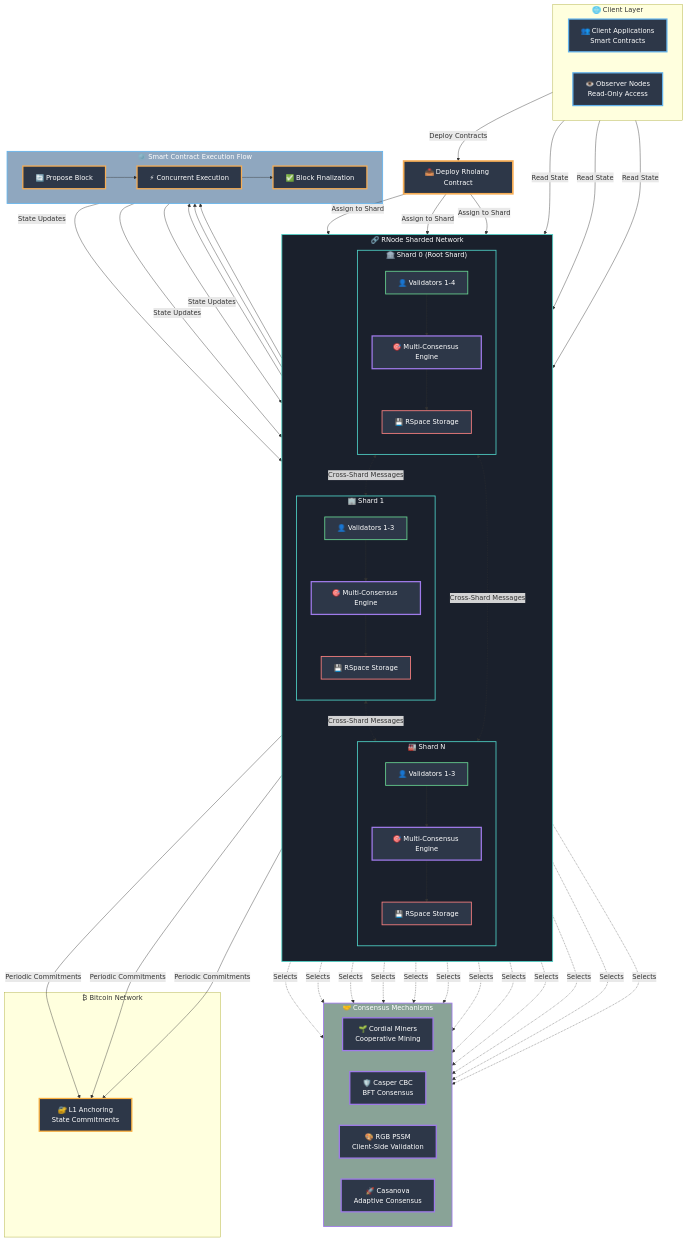
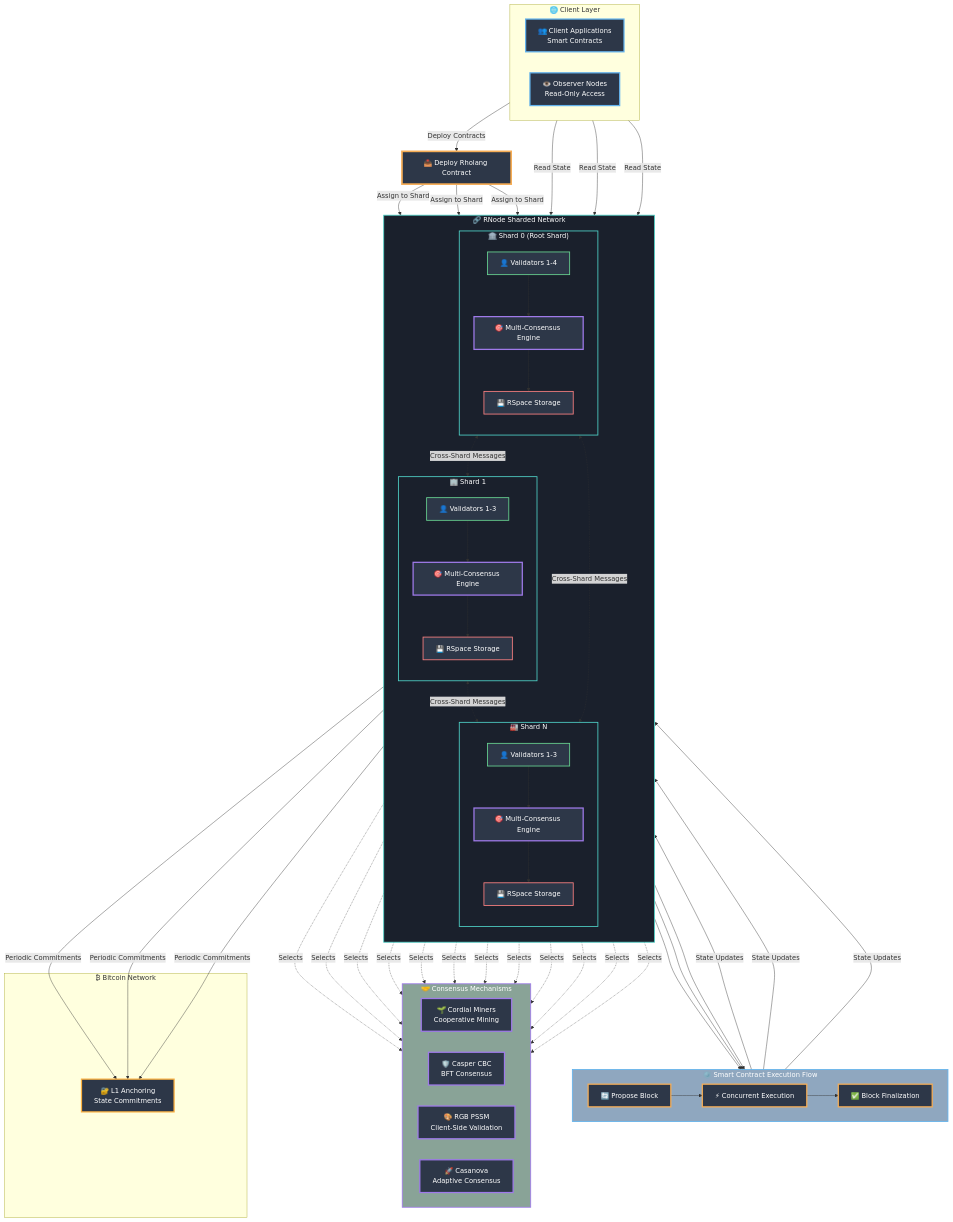
One commit to F1R3FLY-io/f1r3fly changed the diagram in docs/README.md. Above: the diagram before and after it, drawn with Mermaid. The commit also changed other lines of this file, not shown here.

```diff
--- a/docs/README.md
+++ b/docs/README.md
@@ -19,6 +19,17 @@
     
     %% Contract Deployment Entry Point
     Deploy[📤 Deploy Rholang Contract]
+    
+    %% Smart Contract Execution Flow
+    subgraph Execution["⚙️ Smart Contract Execution Flow"]
+        direction LR
+        Propose[🔄 Propose Block]
+        Execute[⚡ Concurrent Execution]
+        Finalize[✅ Block Finalization]
+        
+        Propose --> Execute
+        Execute --> Finalize
+    end
     
     %% Shard Architecture
     subgraph Network["🔗 RNode Sharded Network"]
@@ -62,17 +73,6 @@
         CBC[🛡️ Casper CBC<br/>BFT Consensus]
         RGB[🎨 RGB PSSM<br/>Client-Side Validation]
         CS[🚀 Casanova<br/>Adaptive Consensus]
-    end
-    
-    %% Smart Contract Execution Flow
-    subgraph Execution["⚙️ Smart Contract Execution Flow"]
-        direction LR
-        Propose[🔄 Propose Block]
-        Execute[⚡ Concurrent Execution]
-        Finalize[✅ Block Finalization]
-        
-        Propose --> Execute
-        Execute --> Finalize
     end
     
     %% Bitcoin Layer
```
